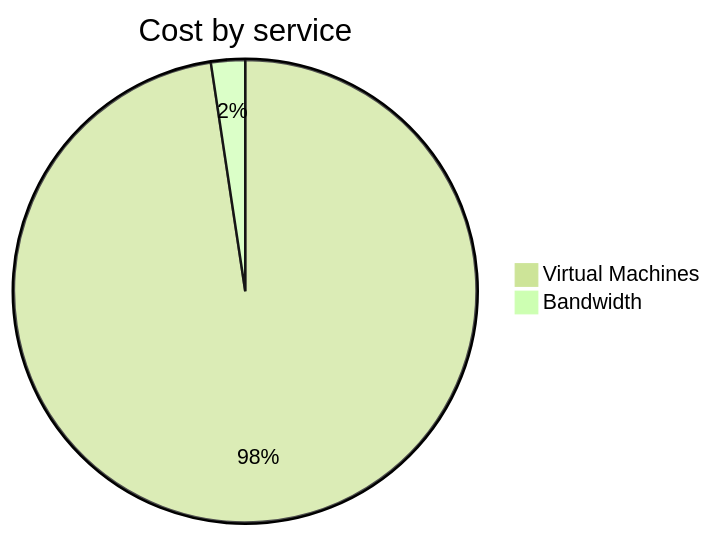
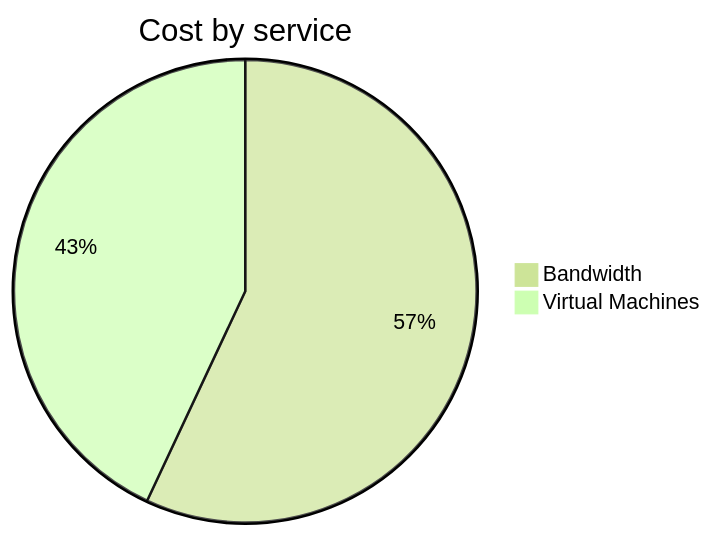
One commit to jpfulton/azure-personal-reports changed the second of 4 diagrams in cost-reports/personal-network/vpn-server.md. Above: the diagram before and after it, drawn with Mermaid (forest theme). The commit also changed other lines of this file and 9 other files, not shown here.

````diff
--- a/cost-reports/personal-network/vpn-server.md
+++ b/cost-reports/personal-network/vpn-server.md
@@ -66,6 +66,6 @@
 ```mermaid
 pie
    title Cost by service
-   "Virtual Machines" : 1.23
-   "Bandwidth" : 0.03
+   "Bandwidth" : 1.92
+   "Virtual Machines" : 1.45
 ```
````
